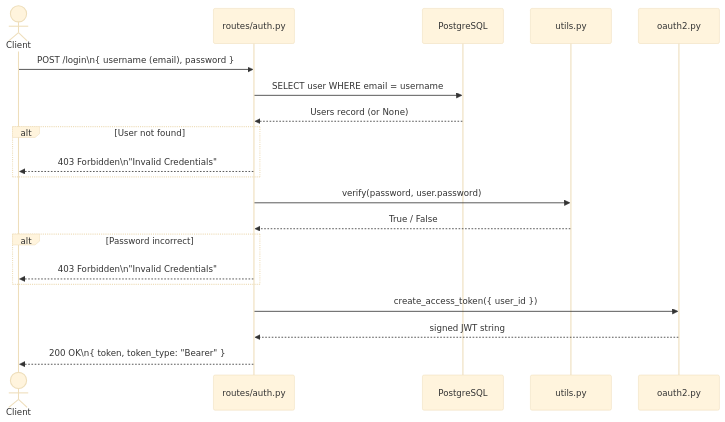
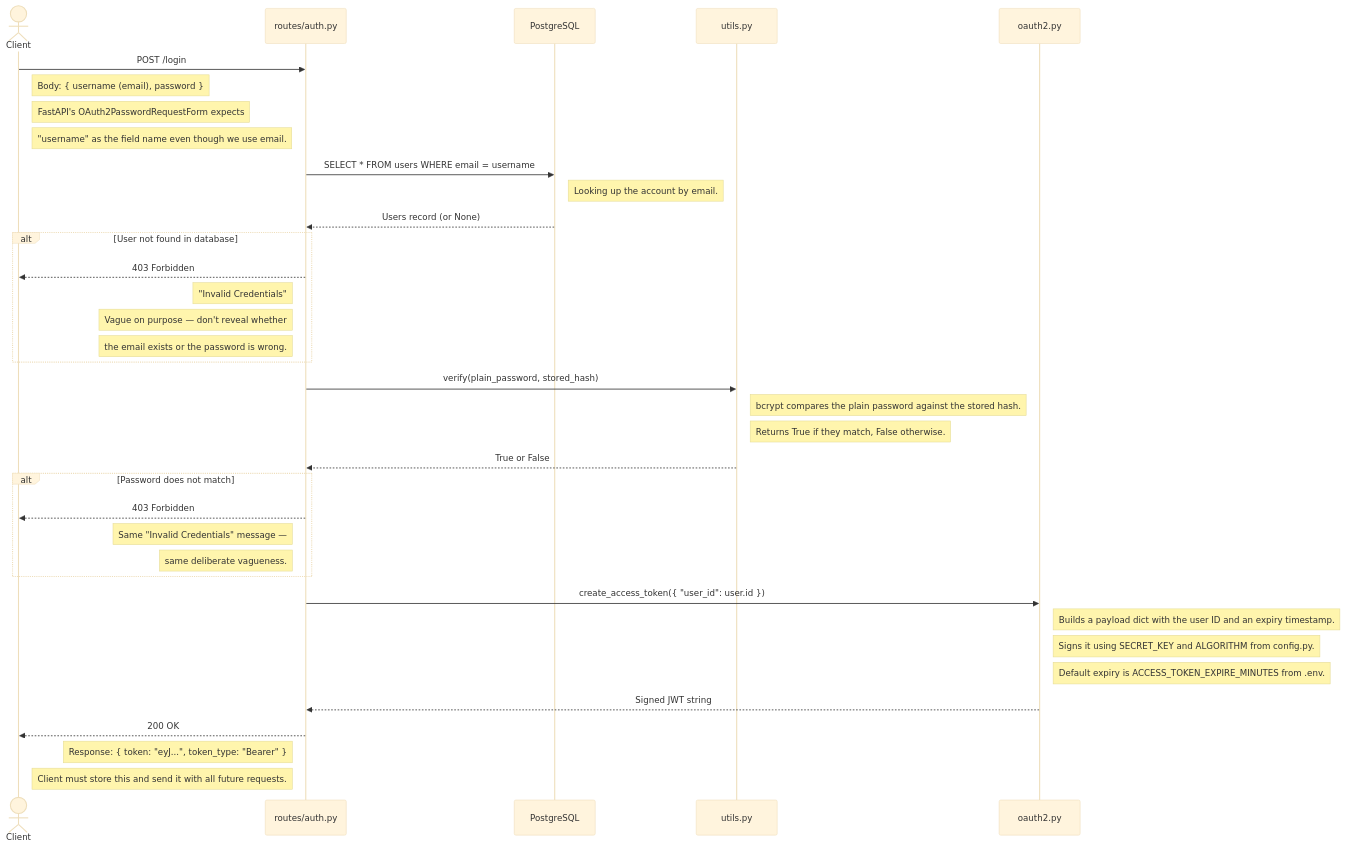
One commit to john3lizama/Music_Practice_Companion changed the second of 7 diagrams in docs/05_sequence_diagrams.md. Above: the diagram before and after it, drawn with Mermaid (base theme). The commit also changed other lines of this file and 5 other files, not shown here.

Commit message:
Enhance audio data pipeline documentation: clarify purpose, structure, and flow; detail each processing step with inputs, outputs, and algorithms; improve feedback generation and scoring sections; and outline implementation order and future enhancements.

````diff
--- a/docs/05_sequence_diagrams.md
+++ b/docs/05_sequence_diagrams.md
@@ -30,28 +79,46 @@
 ```mermaid
 sequenceDiagram
     actor Client
-    participant Route as routes/auth.py
-    participant DB as PostgreSQL
-    participant Utils as utils.py
-    participant OAuth as oauth2.py
 
-    Client->>Route: POST /login\n{ username (email), password }
-    Route->>DB: SELECT user WHERE email = username
+    participant Route   as routes/auth.py
+    participant DB      as PostgreSQL
+    participant Utils   as utils.py
+    participant OAuth   as oauth2.py
+
+    Client->>Route: POST /login
+    Note right of Client: Body: { username (email), password }
+    Note right of Client: FastAPI's OAuth2PasswordRequestForm expects
+    Note right of Client: "username" as the field name even though we use email.
+
+    Route->>DB: SELECT * FROM users WHERE email = username
+    Note right of DB: Looking up the account by email.
     DB-->>Route: Users record (or None)
 
-    alt User not found
-        Route-->>Client: 403 Forbidden\n"Invalid Credentials"
+    alt User not found in database
+        Route-->>Client: 403 Forbidden
+        Note left of Route: "Invalid Credentials"
+        Note left of Route: Vague on purpose — don't reveal whether
+        Note left of Route: the email exists or the password is wrong.
     end
 
-    Route->>Utils: verify(password, user.password)
-    Utils-->>Route: True / False
+    Route->>Utils: verify(plain_password, stored_hash)
+    Note right of Utils: bcrypt compares the plain password against the stored hash.
+    Note right of Utils: Returns True if they match, False otherwise.
+    Utils-->>Route: True or False
 
-    alt Password incorrect
-        Route-->>Client: 403 Forbidden\n"Invalid Credentials"
+    alt Password does not match
+        Route-->>Client: 403 Forbidden
+        Note left of Route: Same "Invalid Credentials" message —
+        Note left of Route: same deliberate vagueness.
     end
 
-    Route->>OAuth: create_access_token({ user_id })
-    OAuth-->>Route: signed JWT string
+    Route->>OAuth: create_access_token({ "user_id": user.id })
+    Note right of OAuth: Builds a payload dict with the user ID and an expiry timestamp.
+    Note right of OAuth: Signs it using SECRET_KEY and ALGORITHM from config.py.
+    Note right of OAuth: Default expiry is ACCESS_TOKEN_EXPIRE_MINUTES from .env.
+    OAuth-->>Route: Signed JWT string
 
-    Route-->>Client: 200 OK\n{ token, token_type: "Bearer" }
+    Route-->>Client: 200 OK
+    Note left of Route: Response: { token: "eyJ...", token_type: "Bearer" }
+    Note left of Route: Client must store this and send it with all future requests.
 ```
````
